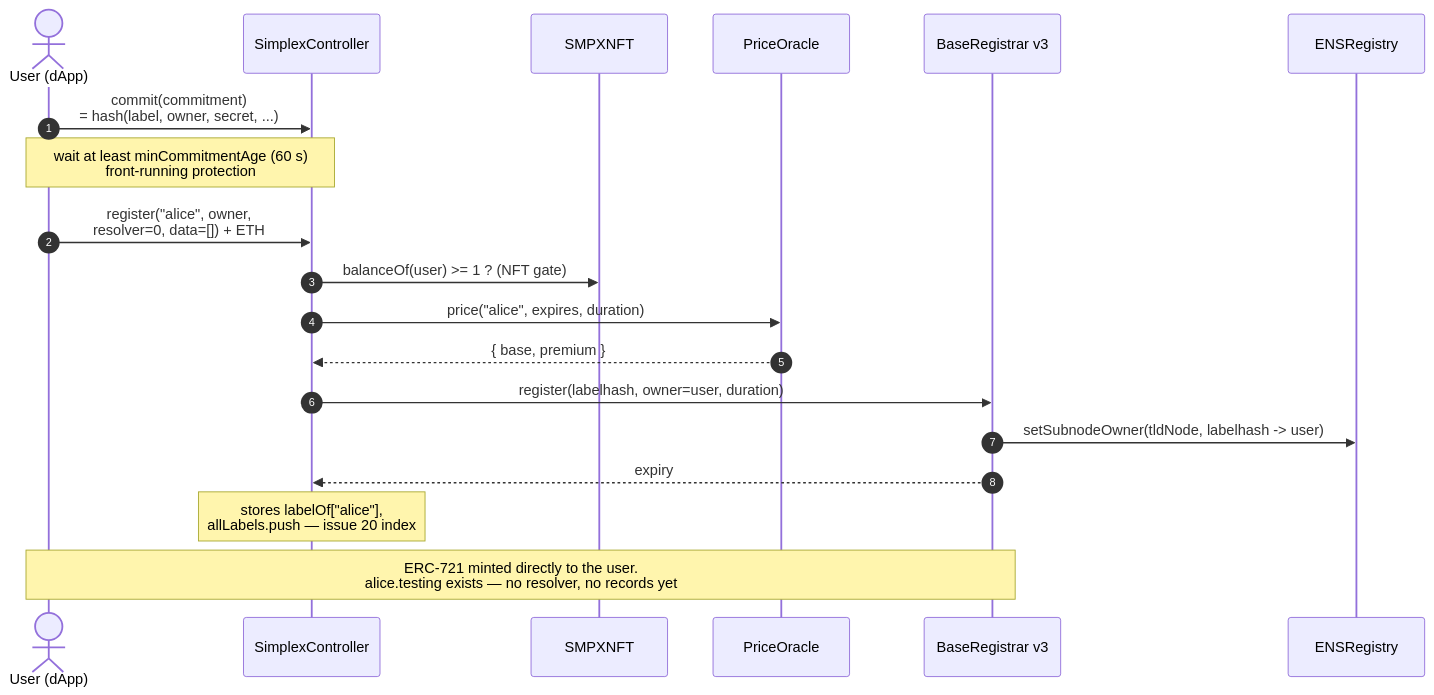
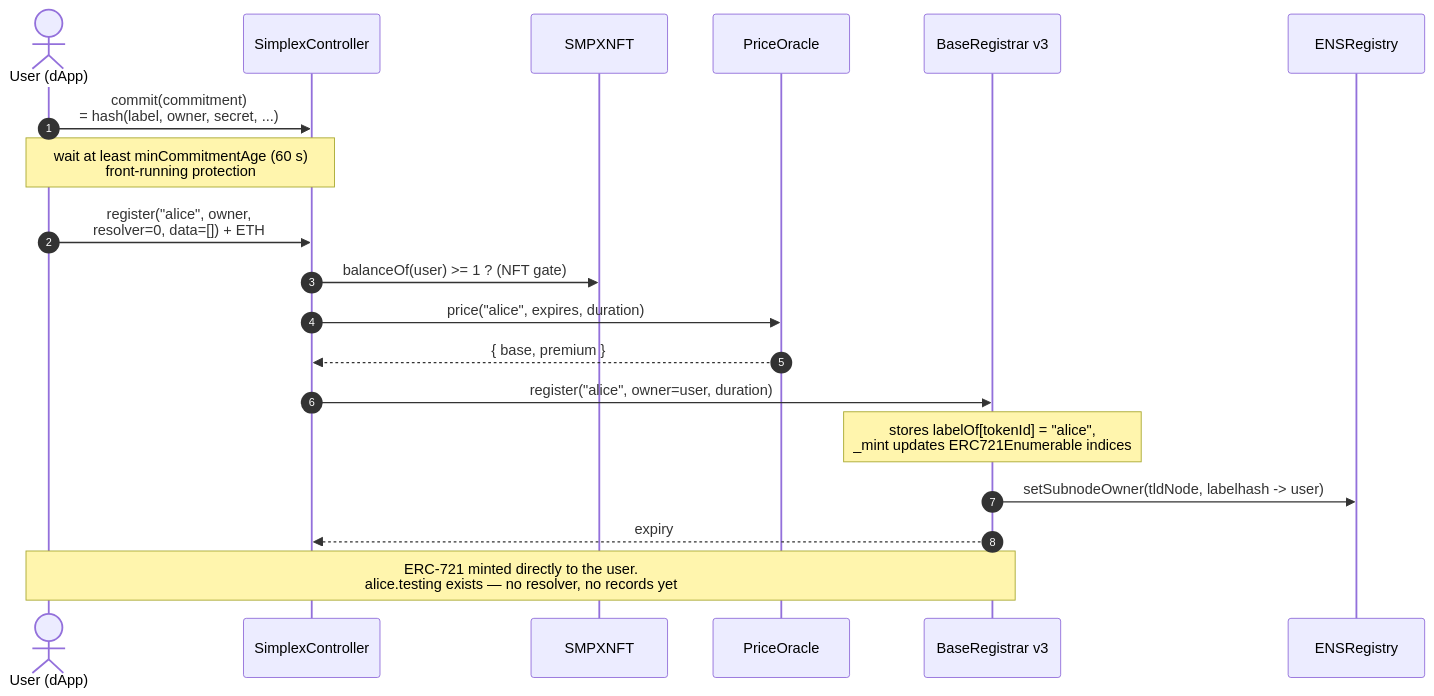
One commit to brenzi/simplex-namespace-contract changed the first of 7 diagrams in docs/sequence-happy-flow.md. Above: the diagram before and after it, drawn with Mermaid. The commit also changed other lines of this file and 2 other files, not shown here.

````diff
--- a/docs/sequence-happy-flow.md
+++ b/docs/sequence-happy-flow.md
@@ -13,22 +14,22 @@
 ```mermaid
 sequenceDiagram
     autonumber
     actor U as User (dApp)
     participant C as SimplexController
     participant N as SMPXNFT
     participant O as PriceOracle
     participant B as BaseRegistrar v3
     participant R as ENSRegistry
 
     U->>C: commit(commitment)<br/>= hash(label, owner, secret, ...)
     note over U,C: wait at least minCommitmentAge (60 s)<br/>front-running protection
     U->>C: register("alice", owner,<br/>resolver=0, data=[]) + ETH
     C->>N: balanceOf(user) >= 1 ? (NFT gate)
     C->>O: price("alice", expires, duration)
     O-->>C: { base, premium }
-    C->>B: register(labelhash, owner=user, duration)
+    C->>B: register("alice", owner=user, duration)
+    note over B: stores labelOf[tokenId] = "alice",<br/>_mint updates ERC721Enumerable indices
     B->>R: setSubnodeOwner(tldNode, labelhash -> user)
     B-->>C: expiry
-    note over C: stores labelOf["alice"],<br/>allLabels.push — issue 20 index
     note over U,B: ERC-721 minted directly to the user.<br/>alice.testing exists — no resolver, no records yet
 ```
````
